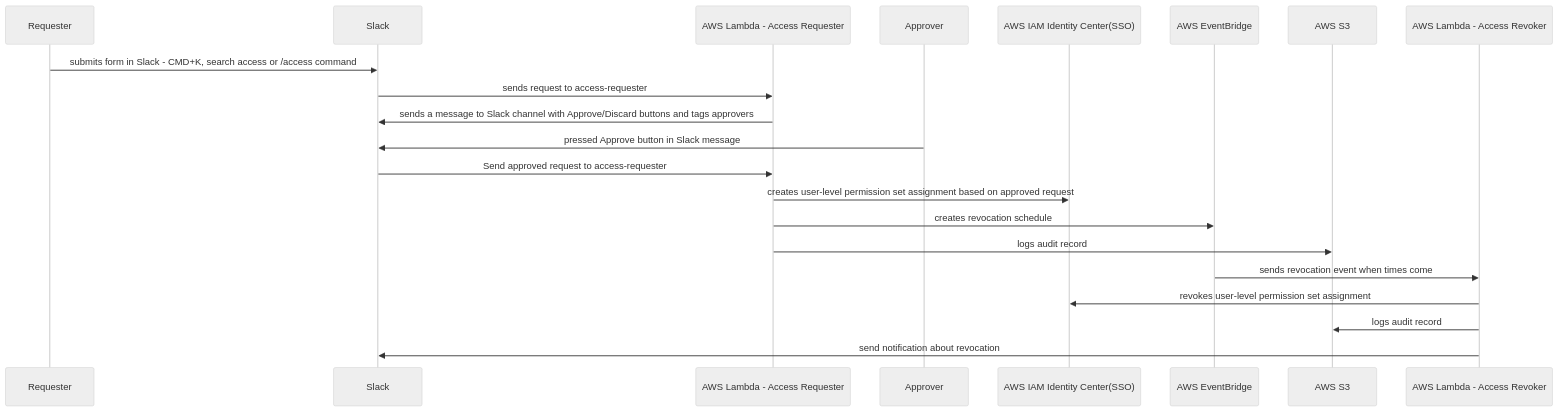
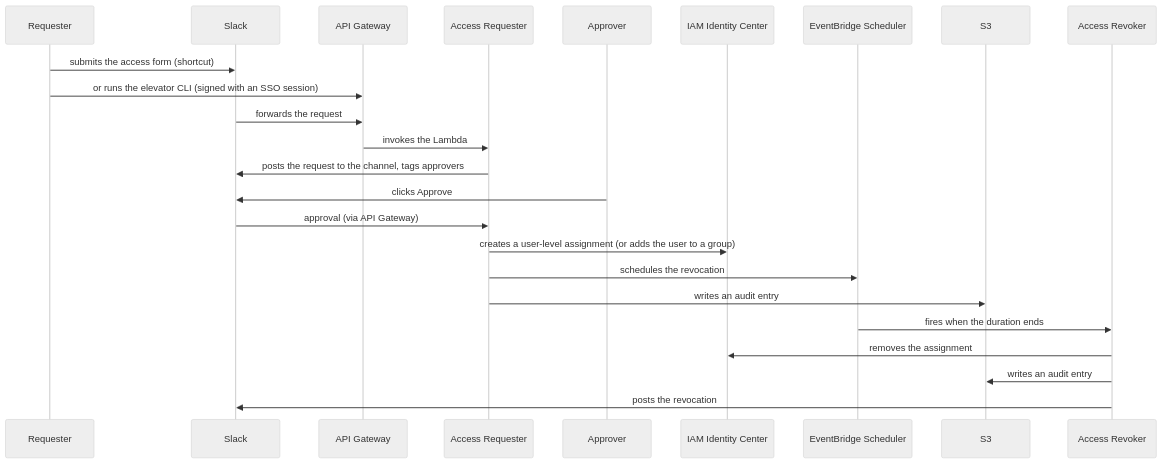
Before and after one commit to fivexl/terraform-aws-sso-elevator: the diagram in README.md, drawn with Mermaid (neutral theme). The commit also changed other lines of this file and 35 other files, not shown here.

````diff
--- a/README.md
+++ b/README.md
@@ -69,15 +27,17 @@
 ```mermaid
 sequenceDiagram
-    Requester->>Slack: submits form in Slack - CMD+K, search access or /access command
-    Slack->>AWS Lambda - Access Requester: sends request to access-requester
-    AWS Lambda - Access Requester->>Slack: sends a message to Slack channel with Approve/Discard buttons and tags approvers
-    Approver->>Slack: pressed Approve button in Slack message
-    Slack->>AWS Lambda - Access Requester: Send approved request to access-requester
-    AWS Lambda - Access Requester->>AWS IAM Identity Center(SSO): creates user-level permission set assignment based on approved request
-    AWS Lambda - Access Requester->>AWS EventBridge: creates revocation schedule
-    AWS Lambda - Access Requester->>AWS S3: logs audit record
-    AWS EventBridge->>AWS Lambda - Access Revoker: sends revocation event when times come
-    AWS Lambda - Access Revoker->>AWS IAM Identity Center(SSO): revokes user-level permission set assignment
-    AWS Lambda - Access Revoker->>AWS S3: logs audit record
-    AWS Lambda - Access Revoker->>Slack:  send notification about revocation
+    Requester->>Slack: submits the access form (shortcut)
+    Requester->>API Gateway: or runs the elevator CLI (signed with an SSO session)
+    Slack->>API Gateway: forwards the request
+    API Gateway->>Access Requester: invokes the Lambda
+    Access Requester->>Slack: posts the request to the channel, tags approvers
+    Approver->>Slack: clicks Approve
+    Slack->>Access Requester: approval (via API Gateway)
+    Access Requester->>IAM Identity Center: creates a user-level assignment (or adds the user to a group)
+    Access Requester->>EventBridge Scheduler: schedules the revocation
+    Access Requester->>S3: writes an audit entry
+    EventBridge Scheduler->>Access Revoker: fires when the duration ends
+    Access Revoker->>IAM Identity Center: removes the assignment
+    Access Revoker->>S3: writes an audit entry
+    Access Revoker->>Slack: posts the revocation
 ```
````
